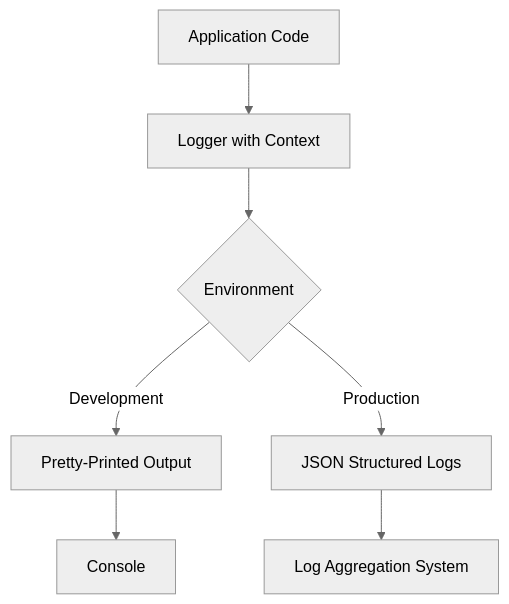
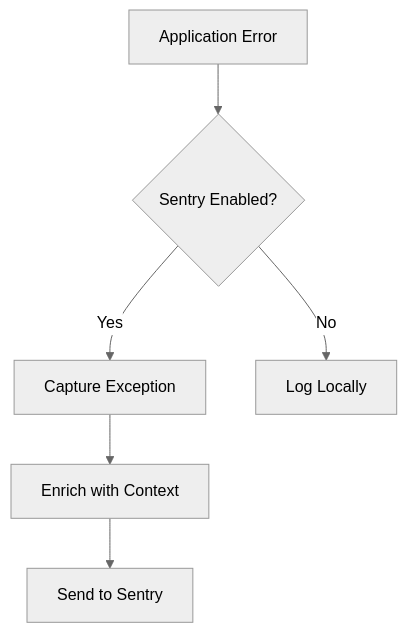
Before and after one commit to GurthBro0ks/slimy-monorepo: the first of 11 diagrams in .qoder/repowiki/en/content/Monitoring and Observability/Monitoring and Observability.md, drawn with Mermaid (neutral theme). The commit also changed other lines of this file and 87 other files, not shown here.

````diff
--- a/.qoder/repowiki/en/content/Monitoring and Observability/Monitoring and Observability.md
+++ b/.qoder/repowiki/en/content/Monitoring and Observability/Monitoring and Observability.md
@@ -53,9 +49,8 @@
 ```mermaid
 flowchart TD
-A[Application Code] --> B[Logger with Context]
-B --> C{Environment}
-C --> |Development| D[Pretty-Printed Output]
-C --> |Production| E[JSON Structured Logs]
-D --> F[Console]
-E --> G[Log Aggregation System]
+A[Application Error] --> B{Sentry Enabled?}
+B --> |Yes| C[Capture Exception]
+C --> D[Enrich with Context]
+D --> E[Send to Sentry]
+B --> |No| F[Log Locally]
 ```
````
